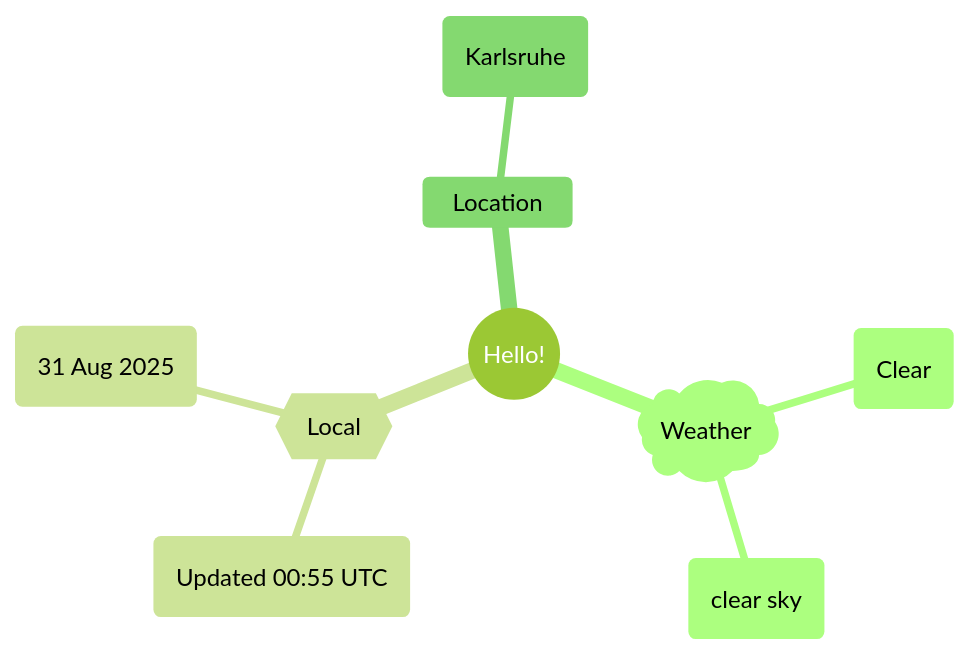
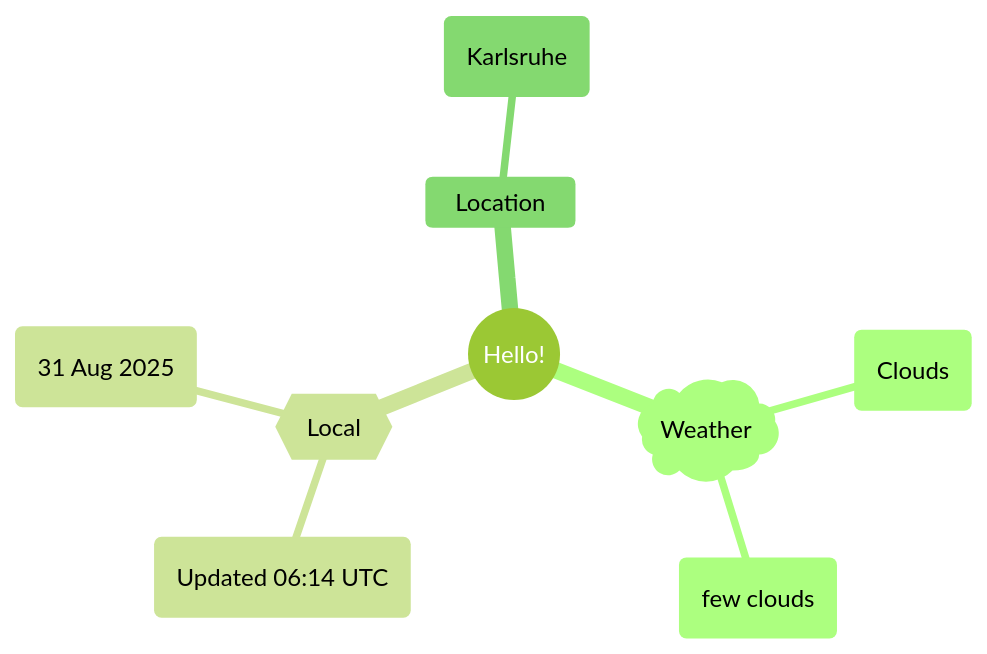
One commit to Xosrov/Xosrov changed the first of 2 diagrams in README.md. Above: the diagram before and after it, drawn with Mermaid (forest theme).

Commit message:
[bot] updated images

````diff
--- a/README.md
+++ b/README.md
@@ -3,12 +3,12 @@
 ```mermaid
 mindmap
   root((Hello!))
     )Weather(
-        (Clear)
-        (clear sky)
+        (Clouds)
+        (few clouds)
     {{Local}}
-        (Updated 00:55 UTC)
+        (Updated 06:14 UTC)
         (31 Aug 2025)
     Location
         (Karlsruhe)
 ```
````
